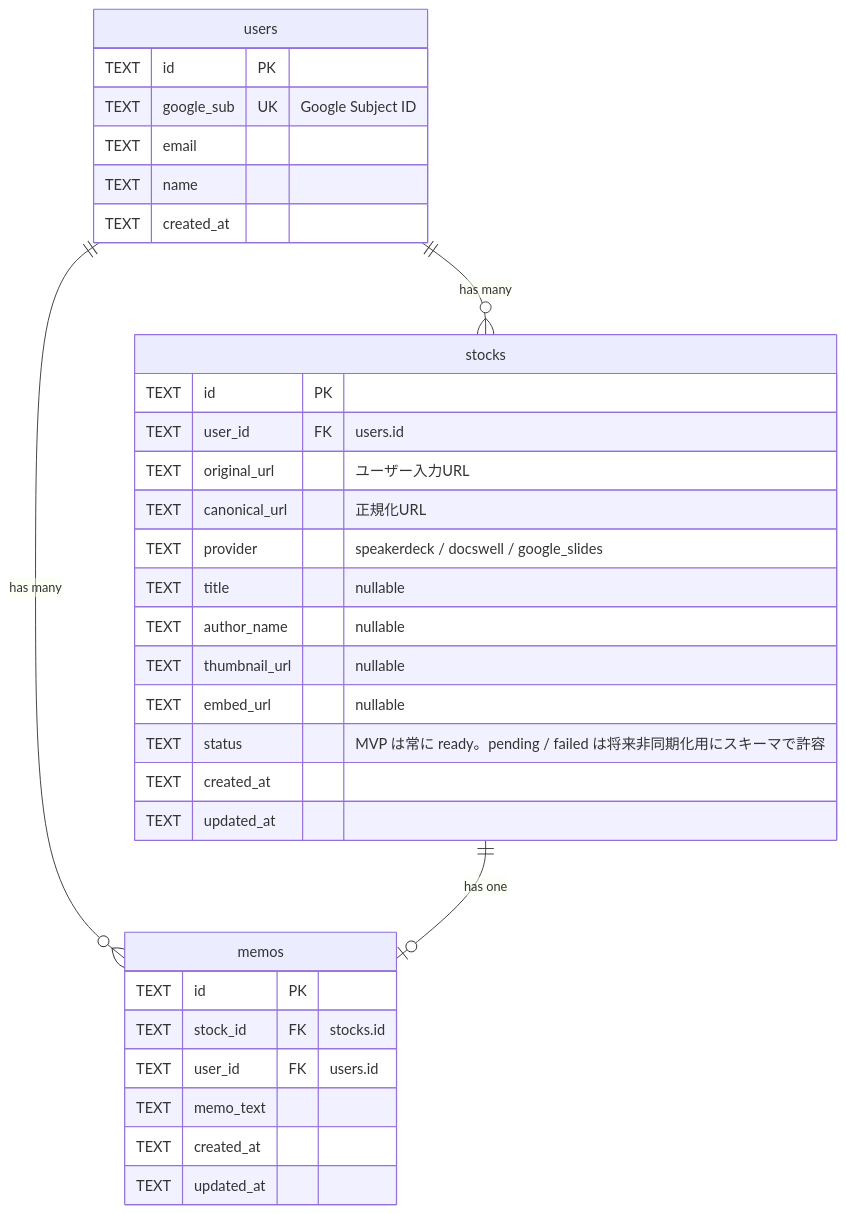
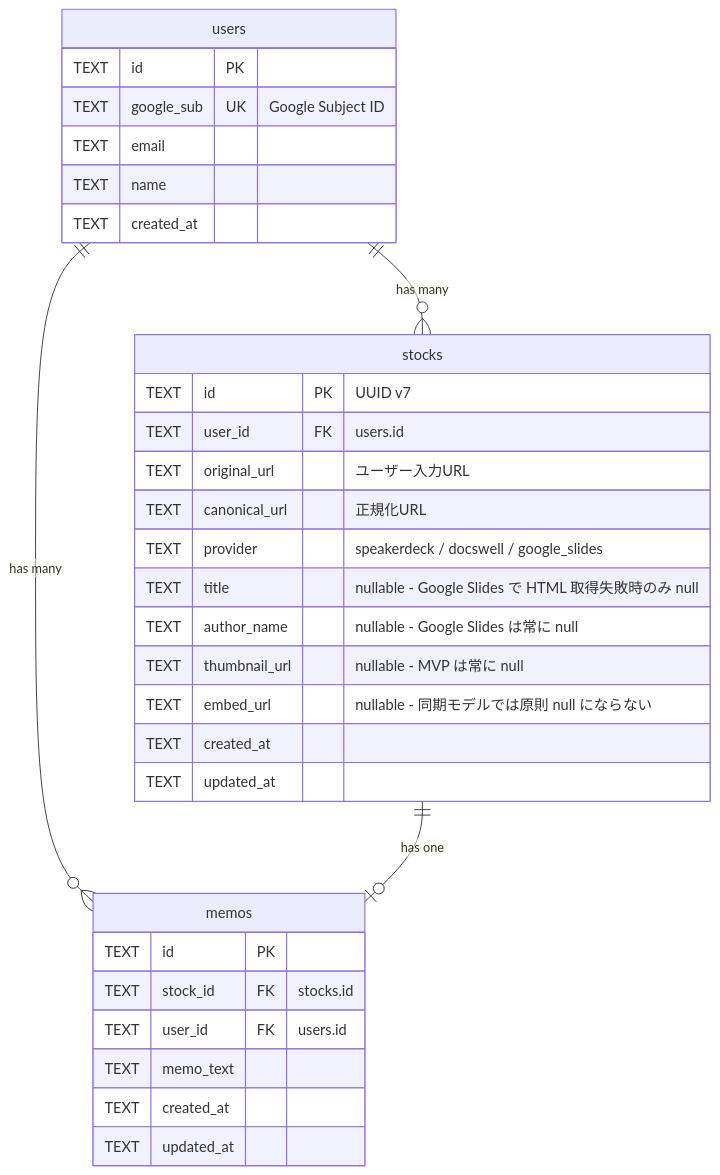
The first of 2 diagrams in docs/database.md (gorou-178/slide-stock), drawn with Mermaid before and after one commit. The commit also changed other lines of this file and 5 other files, not shown here.

````diff
--- a/docs/database.md
+++ b/docs/database.md
@@ -5,38 +5,37 @@
 ```mermaid
 erDiagram
     users ||--o{ stocks : "has many"
     users ||--o{ memos : "has many"
     stocks ||--o| memos : "has one"
 
     users {
         TEXT id PK
         TEXT google_sub UK "Google Subject ID"
         TEXT email
         TEXT name
         TEXT created_at
     }
 
     stocks {
-        TEXT id PK
+        TEXT id PK "UUID v7"
         TEXT user_id FK "users.id"
         TEXT original_url "ユーザー入力URL"
         TEXT canonical_url "正規化URL"
         TEXT provider "speakerdeck / docswell / google_slides"
-        TEXT title "nullable"
-        TEXT author_name "nullable"
-        TEXT thumbnail_url "nullable"
-        TEXT embed_url "nullable"
-        TEXT status "MVP は常に ready。pending / failed は将来非同期化用にスキーマで許容"
+        TEXT title "nullable - Google Slides で HTML 取得失敗時のみ null"
+        TEXT author_name "nullable - Google Slides は常に null"
+        TEXT thumbnail_url "nullable - MVP は常に null"
+        TEXT embed_url "nullable - 同期モデルでは原則 null にならない"
         TEXT created_at
         TEXT updated_at
     }
 
     memos {
         TEXT id PK
         TEXT stock_id FK "stocks.id"
         TEXT user_id FK "users.id"
         TEXT memo_text
         TEXT created_at
         TEXT updated_at
     }
 ```
````
